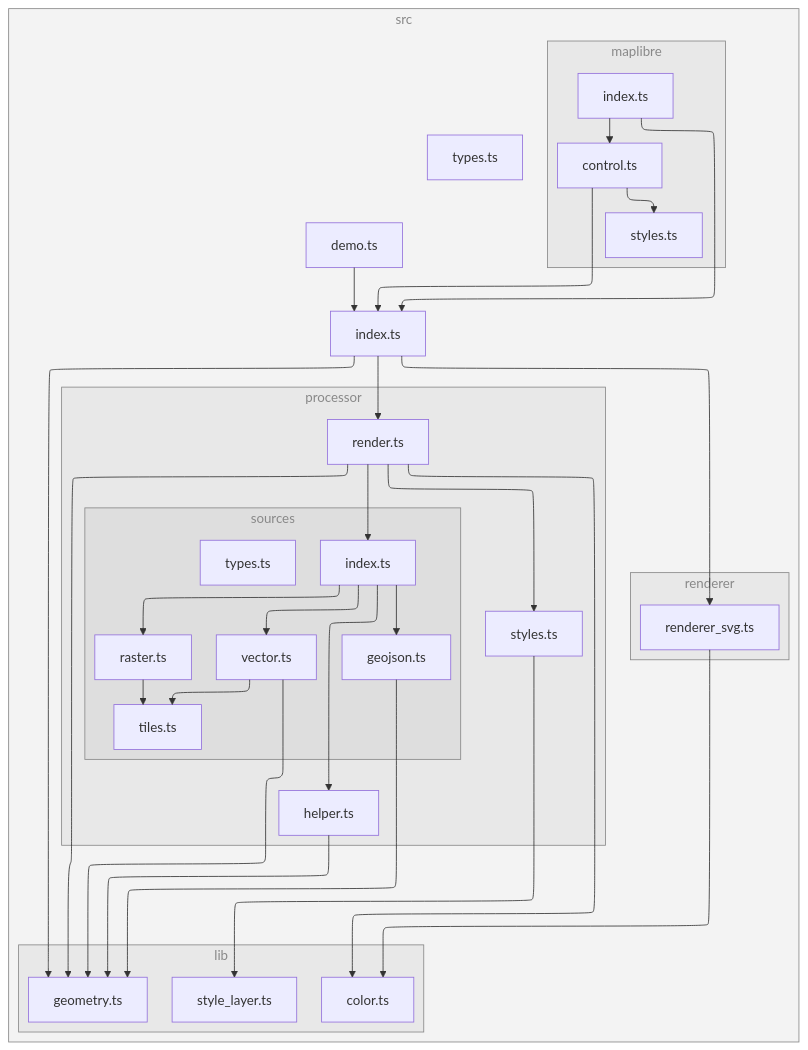
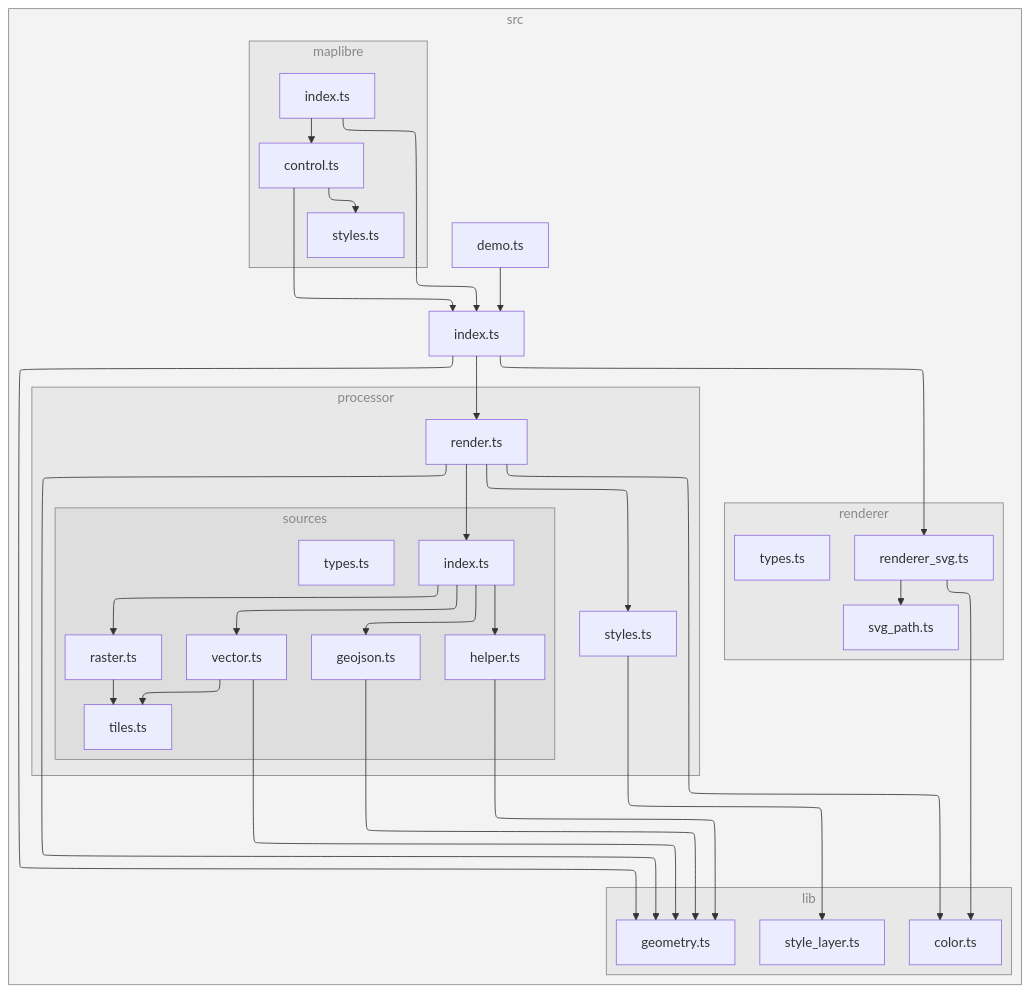
One commit to versatiles-org/versatiles-renderer changed the diagram in README.md. Above: the diagram before and after it, drawn with Mermaid. The commit also changed 3 other files, not shown here.

````diff
--- a/README.md
+++ b/README.md
@@ -126,65 +126,67 @@
 ```mermaid
 ---
 config:
   layout: elk
 ---
 flowchart TB
 
 subgraph 0["src"]
 1["demo.ts"]
 2["index.ts"]
 subgraph 3["lib"]
 4["geometry.ts"]
 7["color.ts"]
 G["style_layer.ts"]
 end
 subgraph 5["processor"]
 6["render.ts"]
 subgraph 8["sources"]
 9["index.ts"]
-B["geojson.ts"]
+A["geojson.ts"]
+B["helper.ts"]
 C["raster.ts"]
 D["tiles.ts"]
 E["vector.ts"]
-N["types.ts"]
+O["types.ts"]
 end
-A["helper.ts"]
 F["styles.ts"]
 end
 subgraph H["renderer"]
 I["renderer_svg.ts"]
+J["svg_path.ts"]
+P["types.ts"]
 end
-subgraph J["maplibre"]
-K["control.ts"]
-L["styles.ts"]
-M["index.ts"]
+subgraph K["maplibre"]
+L["control.ts"]
+M["styles.ts"]
+N["index.ts"]
 end
-O["types.ts"]
 end
 1-->2
 2-->4
 2-->6
 2-->I
 6-->7
 6-->4
 6-->9
 6-->F
 9-->A
 9-->B
 9-->C
 9-->E
 A-->4
 B-->4
 C-->D
 E-->4
 E-->D
 F-->G
 I-->7
-K-->2
-K-->L
-M-->2
-M-->K
+I-->J
+L-->2
+L-->M
+N-->2
+N-->L
 
-class 0,3,5,8,H,J subgraphs;
+class 0,3,5,8,H,K subgraphs;
 classDef subgraphs fill-opacity:0.1, fill:#888, color:#888, stroke:#888;
 ```
````
